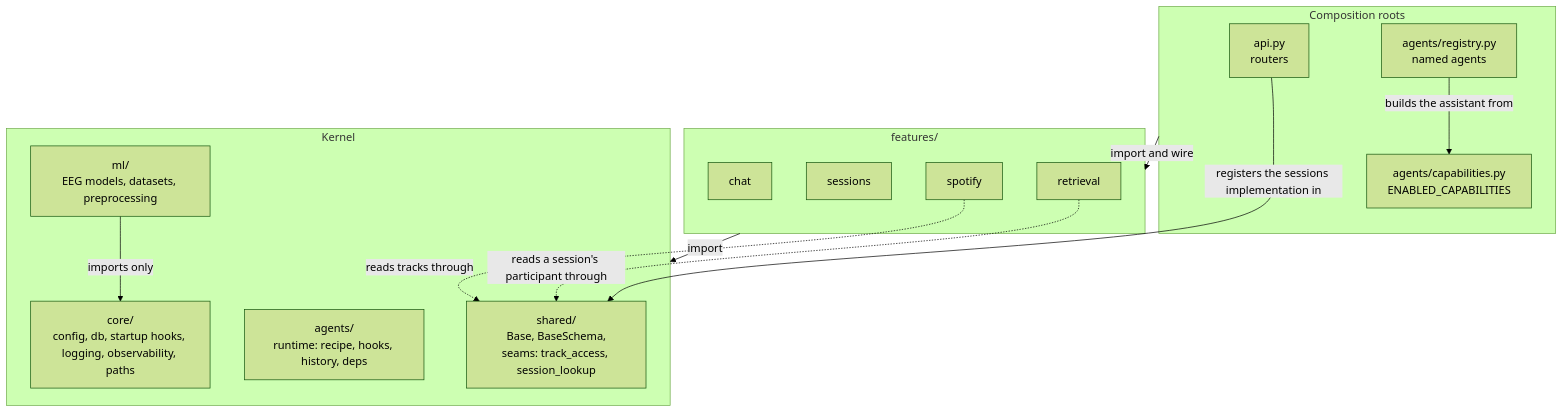
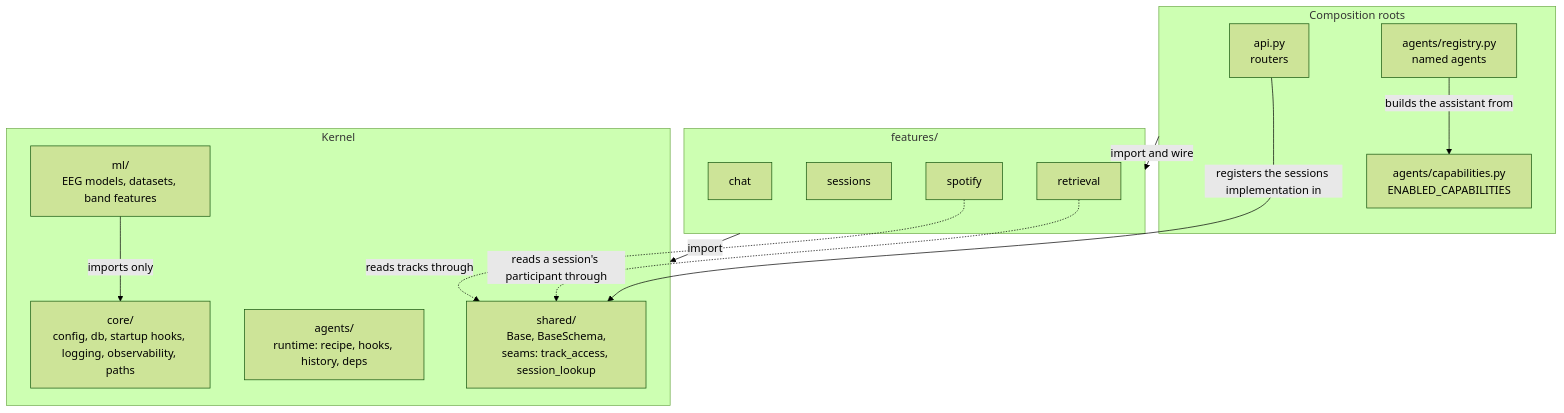
The diagram in docs/architecture/slices-and-the-dependency-rule.md (LukeMainwaring/cortexdj), drawn with Mermaid (forest theme) before and after one commit. The commit also changed other lines of this file and 6 other files, not shown here.

````diff
--- a/docs/architecture/slices-and-the-dependency-rule.md
+++ b/docs/architecture/slices-and-the-dependency-rule.md
@@ -9,27 +9,27 @@
 ```mermaid
 flowchart TB
     subgraph roots[Composition roots]
         api["api.py<br/>routers"]
         capabilities["agents/capabilities.py<br/>ENABLED_CAPABILITIES"]
         registry["agents/registry.py<br/>named agents"]
     end
     subgraph features["features/"]
         chat
         sessions
         spotify
         retrieval
     end
     subgraph kernel[Kernel]
         agents["agents/<br/>runtime: recipe, hooks, history, deps"]
         shared["shared/<br/>Base, BaseSchema,<br/>seams: track_access, session_lookup"]
-        ml["ml/<br/>EEG models, datasets, preprocessing"]
+        ml["ml/<br/>EEG models, datasets, band features"]
         core["core/<br/>config, db, startup hooks, logging, observability, paths"]
     end
     roots -->|import and wire| features
     features -->|import| kernel
     registry -->|builds the assistant from| capabilities
     api -->|registers the sessions implementation in| shared
     spotify -.->|reads tracks through| shared
     retrieval -.->|reads a session's participant through| shared
     ml -->|imports only| core
 ```
````
